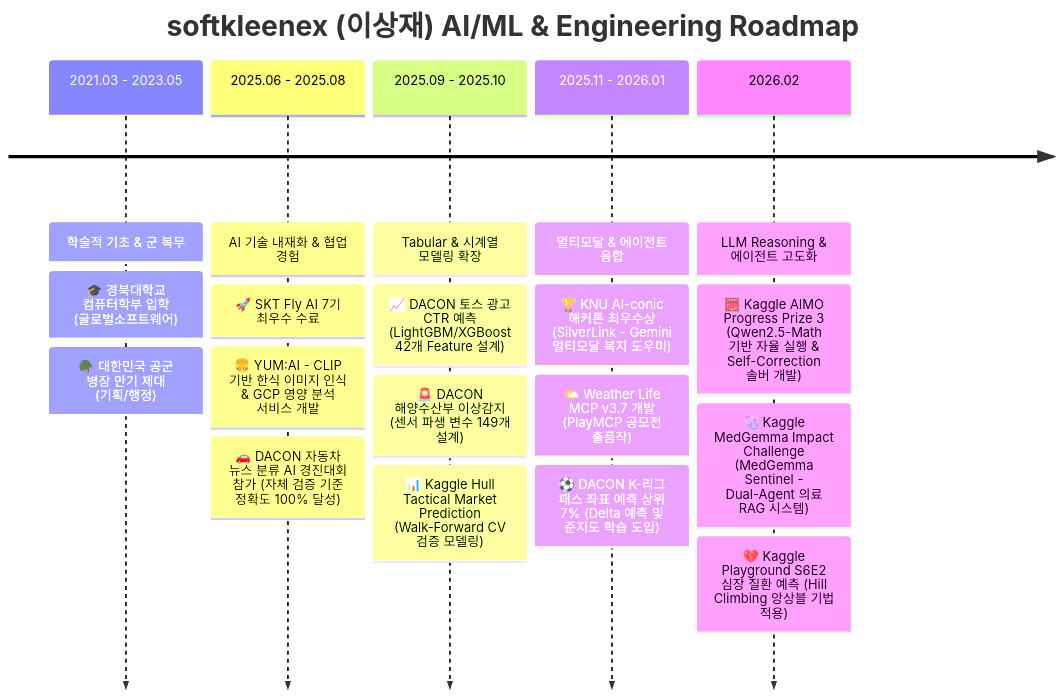
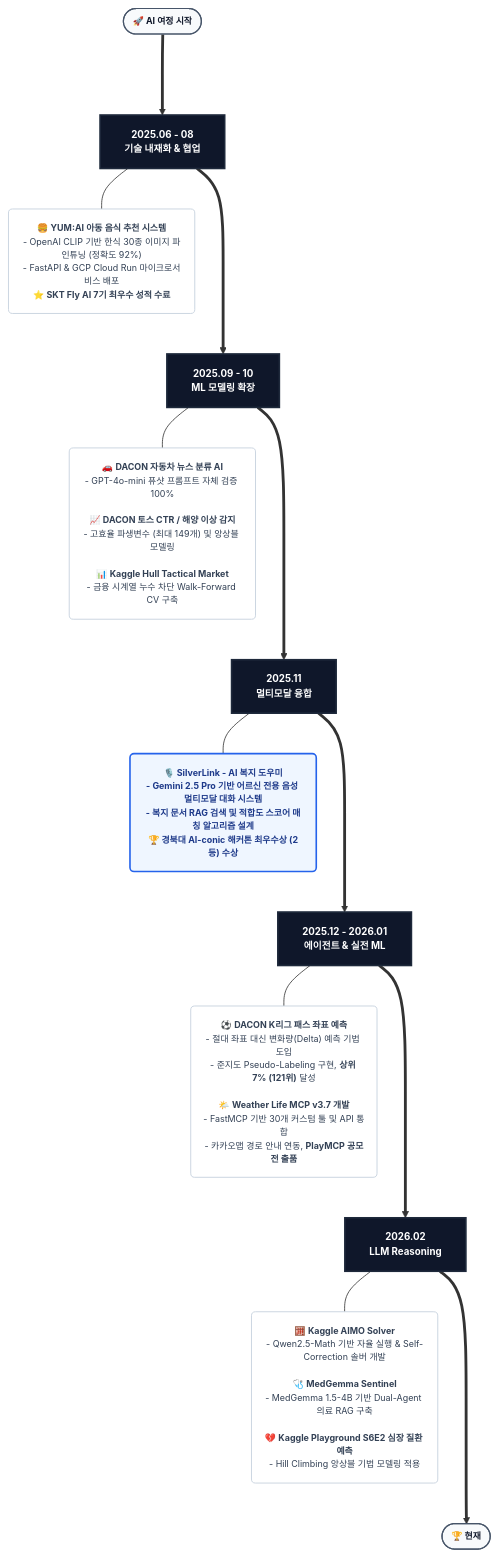
One commit to softkleenex/softkleenex changed the diagram in README.md. Above: the diagram before and after it, drawn with Mermaid. The commit also changed other lines of this file, not shown here.

Commit message:
docs: upgrade roadmap to detailed chronological flowchart branching layout

````diff
--- a/README.md
+++ b/README.md
@@ -27,23 +27,42 @@
 ```mermaid
-timeline
-    title softkleenex (이상재) AI/ML & Engineering Roadmap
-    2021.03 - 2023.05 : 학술적 기초 & 군 복무
-                      : 🎓 경북대학교 컴퓨터학부 입학 (글로벌소프트웨어)
-                      : 🪖 대한민국 공군 병장 만기 제대 (기획/행정)
-    2025.06 - 2025.08 : AI 기술 내재화 & 협업 경험
-                      : 🚀 SKT Fly AI 7기 최우수 수료
-                      : 🍔 YUM:AI - CLIP 기반 한식 이미지 인식 & GCP 영양 분석 서비스 개발
-                      : 🚗 DACON 자동차 뉴스 분류 AI 경진대회 참가 (자체 검증 기준 정확도 100% 달성)
-    2025.09 - 2025.10 : Tabular & 시계열 모델링 확장
-                      : 📈 DACON 토스 광고 CTR 예측 (LightGBM/XGBoost 42개 Feature 설계)
-                      : 🚨 DACON 해양수산부 이상감지 (센서 파생 변수 149개 설계)
-                      : 📊 Kaggle Hull Tactical Market Prediction (Walk-Forward CV 검증 모델링)
-    2025.11 - 2026.01 : 멀티모달 & 에이전트 융합
-                      : 🏆 KNU AI-conic 해커톤 최우수상 (SilverLink - Gemini 멀티모달 복지 도우미)
-                      : 🌤️ Weather Life MCP v3.7 개발 (PlayMCP 공모전 출품작)
-                      : ⚽ DACON K-리그 패스 좌표 예측 상위 7% (Delta 예측 및 준지도 학습 도입)
-    2026.02 : LLM Reasoning & 에이전트 고도화
-            : 🧮 Kaggle AIMO Progress Prize 3 (Qwen2.5-Math 기반 자율 실행 & Self-Correction 솔버 개발)
-            : 🩺 Kaggle MedGemma Impact Challenge (MedGemma Sentinel - Dual-Agent 의료 RAG 시스템)
-            : 💔 Kaggle Playground S6E2 심장 질환 예측 (Hill Climbing 앙상블 기법 적용)
+flowchart TD
+    %% Direction
+    direction TB
+
+    %% Styles & Colors
+    classDef timeNode fill:#0f172a,stroke:#1e293b,stroke-width:2px,color:#ffffff,font-size:12px,font-weight:bold;
+    classDef projNode fill:#ffffff,stroke:#cbd5e1,stroke-width:1.2px,color:#334155,font-size:11px;
+    classDef awardNode fill:#eff6ff,stroke:#2563eb,stroke-width:2px,color:#1e3a8a,font-size:11px,font-weight:bold;
+    classDef startEnd fill:#f8fafc,stroke:#475569,stroke-width:1.5px,color:#0f172a,font-size:11px,font-weight:bold;
+
+    %% Chronological Arrow (Central Timeline)
+    Start([🚀 AI 여정 시작]) ===> T1[2025.06 - 08<br>기술 내재화 & 협업]
+    T1 ===> T2[2025.09 - 10<br>ML 모델링 확장]
+    T2 ===> T3[2025.11<br>멀티모달 융합]
+    T3 ===> T4[2025.12 - 2026.01<br>에이전트 & 실전 ML]
+    T4 ===> T5[2026.02<br>LLM Reasoning]
+    T5 ===> End([🏆 현재])
+
+    class T1,T2,T3,T4,T5 timeNode;
+    class Start,End startEnd;
+
+    %% 2025.06 - 08 Projects
+    T1 --- P1("🍔 <b>YUM:AI 아동 음식 추천 시스템</b><br>- OpenAI CLIP 기반 한식 30종 이미지 파인튜닝 (정확도 92%)<br>- FastAPI & GCP Cloud Run 마이크로서비스 배포<br>⭐ <b>SKT Fly AI 7기 최우수 성적 수료</b>")
+    class P1 projNode;
+
+    %% 2025.09 - 10 Projects
+    T2 --- P2("🚗 <b>DACON 자동차 뉴스 분류 AI</b><br>- GPT-4o-mini 퓨샷 프롬프트 자체 검증 100%<br><br>📈 <b>DACON 토스 CTR / 해양 이상 감지</b><br>- 고효율 파생변수 (최대 149개) 및 앙상블 모델링<br><br>📊 <b>Kaggle Hull Tactical Market</b><br>- 금융 시계열 누수 차단 Walk-Forward CV 구축")
+    class P2 projNode;
+
+    %% 2025.11 Projects
+    T3 --- P5("🎙️ <b>SilverLink - AI 복지 도우미</b><br>- Gemini 2.5 Pro 기반 어르신 전용 음성 멀티모달 대화 시스템<br>- 복지 문서 RAG 검색 및 적합도 스코어 매칭 알고리즘 설계<br>🏆 <b>경북대 AI-conic 해커톤 최우수상 (2등) 수상</b>")
+    class P5 awardNode;
+
+    %% 2025.12 - 2026.01 Projects
+    T4 --- P6("⚽ <b>DACON K리그 패스 좌표 예측</b><br>- 절대 좌표 대신 변화량(Delta) 예측 기법 도입<br>- 준지도 Pseudo-Labeling 구현, <b>상위 7% (121위)</b> 달성<br><br>🌤️ <b>Weather Life MCP v3.7 개발</b><br>- FastMCP 기반 30개 커스텀 툴 및 API 통합<br>- 카카오맵 경로 안내 연동, <b>PlayMCP 공모전 출품</b>")
+    class P6 projNode;
+
+    %% 2026.02 Projects
+    T5 --- P8("🧮 <b>Kaggle AIMO Solver</b><br>- Qwen2.5-Math 기반 자율 실행 & Self-Correction 솔버 개발<br><br>🩺 <b>MedGemma Sentinel</b><br>- MedGemma 1.5-4B 기반 Dual-Agent 의료 RAG 구축<br><br>💔 <b>Kaggle Playground S6E2 심장 질환 예측</b><br>- Hill Climbing 앙상블 기법 모델링 적용")
+    class P8 projNode;
 ```
````
